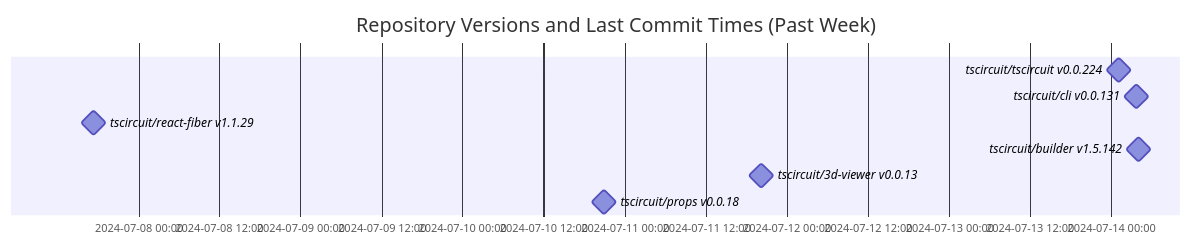
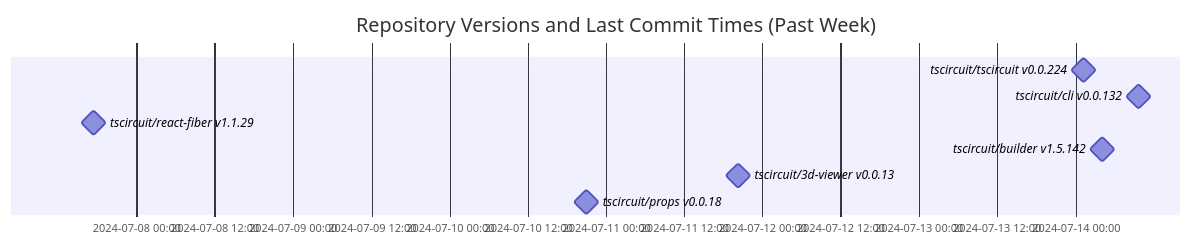
The diagram in README.md (tscircuit/version-tracker), drawn with Mermaid before and after one commit.

Commit message:
Update chart

````diff
--- a/README.md
+++ b/README.md
@@ -1,13 +1,13 @@
 ```mermaid
 gantt
   dateFormat  YYYY-MM-DD HH:mm:ss
   title Repository Versions and Last Commit Times (Past Week)
   axisFormat %Y-%m-%d %H:%M
 
   tscircuit/tscircuit v0.0.224 : milestone, 2024-07-14 01:11:10, 1s
-  tscircuit/cli v0.0.131 : milestone, 2024-07-14 03:44:08, 1s
+  tscircuit/cli v0.0.132 : milestone, 2024-07-14 09:42:00, 1s
   tscircuit/react-fiber v1.1.29 : milestone, 2024-07-07 17:23:26, 1s
   tscircuit/builder v1.5.142 : milestone, 2024-07-14 04:03:17, 1s
   tscircuit/3d-viewer v0.0.13 : milestone, 2024-07-11 20:12:35, 1s
   tscircuit/props v0.0.18 : milestone, 2024-07-10 20:59:29, 1s
 ```
````
